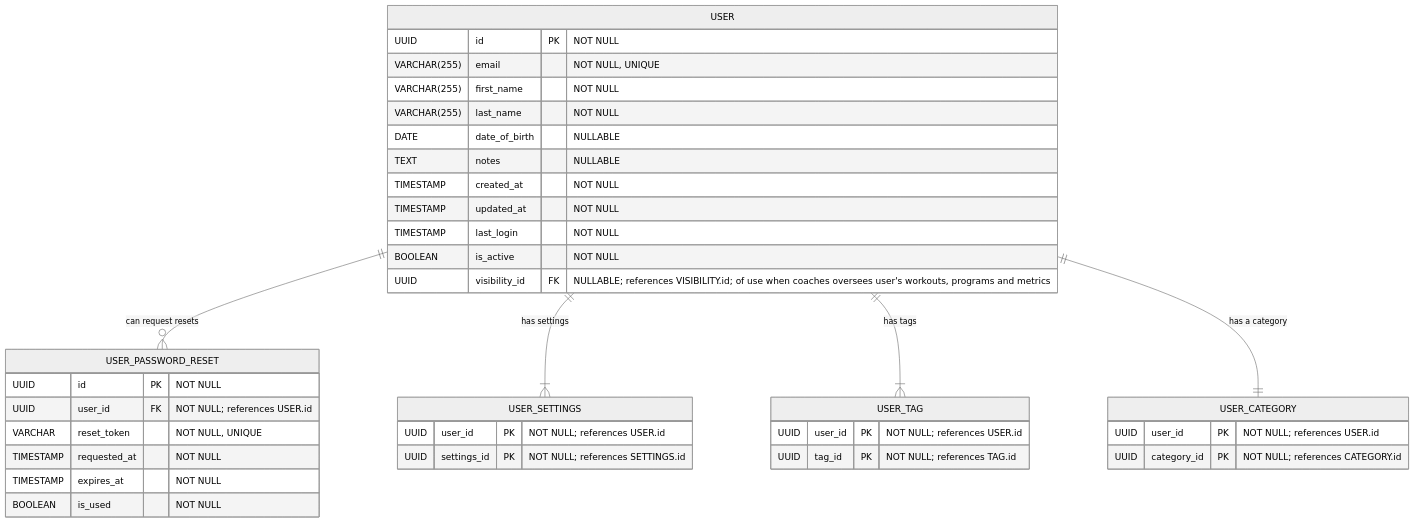
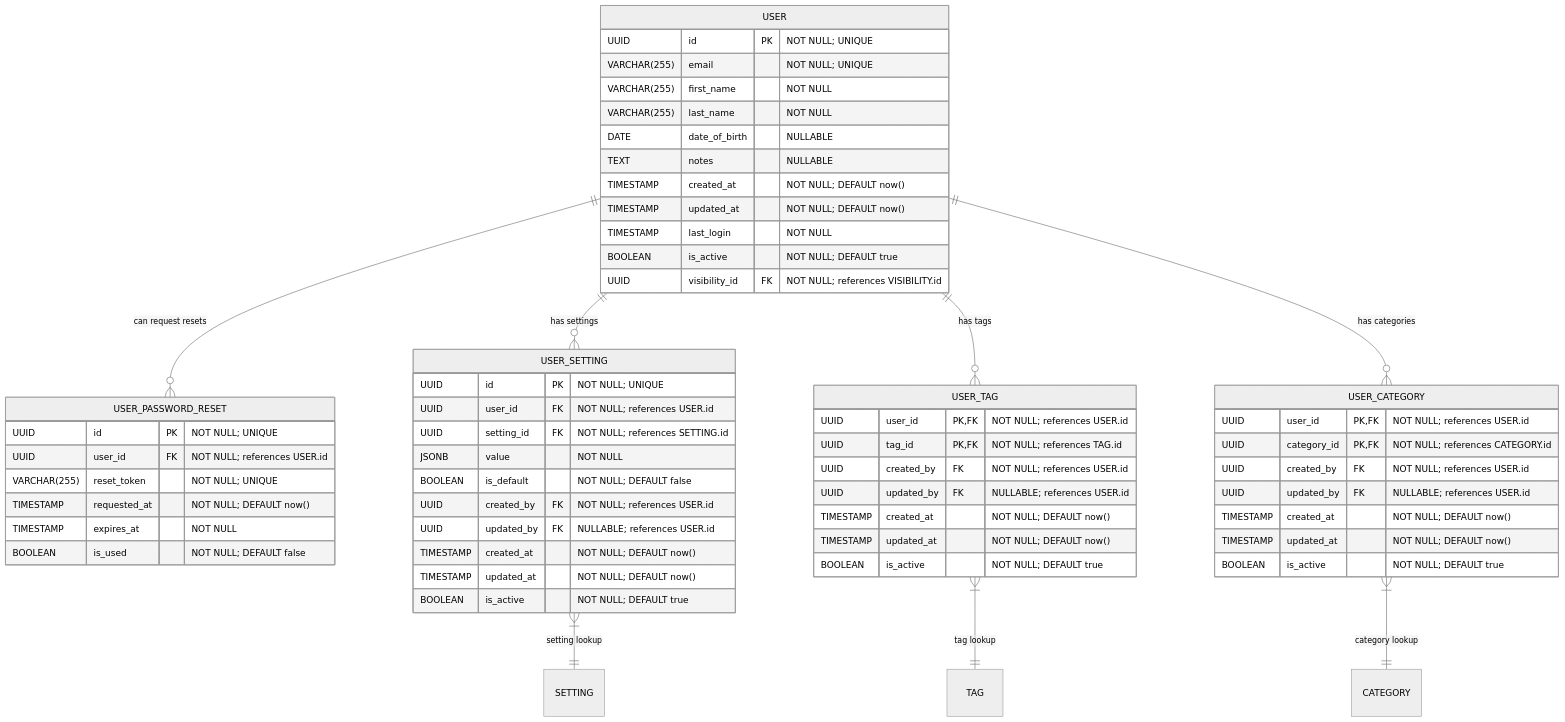
One commit to Dratharias/Motriforge changed the diagram in docs/user/core_user_and_identity.md. Above: the diagram before and after it, drawn with Mermaid (neutral theme). The commit also changed other lines of this file and 31 other files, not shown here.

````diff
--- a/docs/user/core_user_and_identity.md
+++ b/docs/user/core_user_and_identity.md
@@ -8,50 +6,70 @@
 ```mermaid
 erDiagram
   %%=== Layer 1: Core User and Identity ===%%
-
   USER {
-    UUID id PK                          "NOT NULL"
-    VARCHAR(255) email                  "NOT NULL, UNIQUE"
+    UUID id PK                          "NOT NULL; UNIQUE"
+    VARCHAR(255) email                  "NOT NULL; UNIQUE"
     VARCHAR(255) first_name             "NOT NULL"
     VARCHAR(255) last_name              "NOT NULL"
     DATE date_of_birth                  "NULLABLE"
     TEXT notes                          "NULLABLE"
-    TIMESTAMP created_at                "NOT NULL"
-    TIMESTAMP updated_at                "NOT NULL"
+    TIMESTAMP created_at                "NOT NULL; DEFAULT now()"
+    TIMESTAMP updated_at                "NOT NULL; DEFAULT now()"
     TIMESTAMP last_login                "NOT NULL"
-    BOOLEAN is_active                   "NOT NULL"
-	  UUID visibility_id FK               "NULLABLE; references VISIBILITY.id; of use when coaches oversees user's workouts, programs and metrics"
+    BOOLEAN is_active                   "NOT NULL; DEFAULT true"
+    UUID visibility_id FK               "NOT NULL; references VISIBILITY.id"
   }
-
+  
   %%— Identity Extensions —
   USER_PASSWORD_RESET {
-    UUID id PK                         "NOT NULL"
+    UUID id PK                         "NOT NULL; UNIQUE"
     UUID user_id FK                    "NOT NULL; references USER.id"
-    VARCHAR reset_token                "NOT NULL, UNIQUE"
-    TIMESTAMP requested_at             "NOT NULL"
+    VARCHAR(255) reset_token           "NOT NULL; UNIQUE"
+    TIMESTAMP requested_at             "NOT NULL; DEFAULT now()"
     TIMESTAMP expires_at               "NOT NULL"
-    BOOLEAN is_used                    "NOT NULL"
+    BOOLEAN is_used                    "NOT NULL; DEFAULT false"
   }
-
-  USER_SETTINGS {
-    UUID user_id PK                    "NOT NULL; references USER.id"
-    UUID settings_id PK                "NOT NULL; references SETTINGS.id"
+  
+  USER_SETTING {
+    UUID id PK                         "NOT NULL; UNIQUE"
+    UUID user_id FK                    "NOT NULL; references USER.id"
+    UUID setting_id FK                 "NOT NULL; references SETTING.id"
+    JSONB value                        "NOT NULL"
+    BOOLEAN is_default                 "NOT NULL; DEFAULT false"
+    UUID created_by FK                 "NOT NULL; references USER.id"
+    UUID updated_by FK                 "NULLABLE; references USER.id"
+    TIMESTAMP created_at               "NOT NULL; DEFAULT now()"
+    TIMESTAMP updated_at               "NOT NULL; DEFAULT now()"
+    BOOLEAN is_active                  "NOT NULL; DEFAULT true"
   }
-
+  
   %%— Categorical Tagging —
   USER_TAG {
-    UUID user_id PK                    "NOT NULL; references USER.id"
-    UUID tag_id PK                     "NOT NULL; references TAG.id"
+    UUID user_id PK,FK                 "NOT NULL; references USER.id"
+    UUID tag_id PK,FK                  "NOT NULL; references TAG.id"
+    UUID created_by FK                 "NOT NULL; references USER.id"
+    UUID updated_by FK                 "NULLABLE; references USER.id"
+    TIMESTAMP created_at               "NOT NULL; DEFAULT now()"
+    TIMESTAMP updated_at               "NOT NULL; DEFAULT now()"
+    BOOLEAN is_active                  "NOT NULL; DEFAULT true"
   }
-
+  
   USER_CATEGORY {
-      UUID user_id PK    "NOT NULL; references USER.id"
-      UUID category_id PK "NOT NULL; references CATEGORY.id"
+    UUID user_id PK,FK                 "NOT NULL; references USER.id"
+    UUID category_id PK,FK             "NOT NULL; references CATEGORY.id"
+    UUID created_by FK                 "NOT NULL; references USER.id"
+    UUID updated_by FK                 "NULLABLE; references USER.id"
+    TIMESTAMP created_at               "NOT NULL; DEFAULT now()"
+    TIMESTAMP updated_at               "NOT NULL; DEFAULT now()"
+    BOOLEAN is_active                  "NOT NULL; DEFAULT true"
   }
-
+  
   %%— Internal Relationships —
   USER ||--o{ USER_PASSWORD_RESET : "can request resets"
-  USER ||--|{ USER_SETTINGS       : "has settings"
-  USER ||--|{ USER_TAG            : "has tags"
-  USER ||--|| USER_CATEGORY       : "has a category"
+  USER ||--o{ USER_SETTING  : "has settings"
+  USER ||--o{ USER_TAG            : "has tags"
+  USER ||--o{ USER_CATEGORY       : "has categories"
+  USER_TAG }|--|| TAG             : "tag lookup"
+  USER_CATEGORY }|--|| CATEGORY   : "category lookup"
+  USER_SETTING }|--|| SETTING : "setting lookup"
 ```
````
